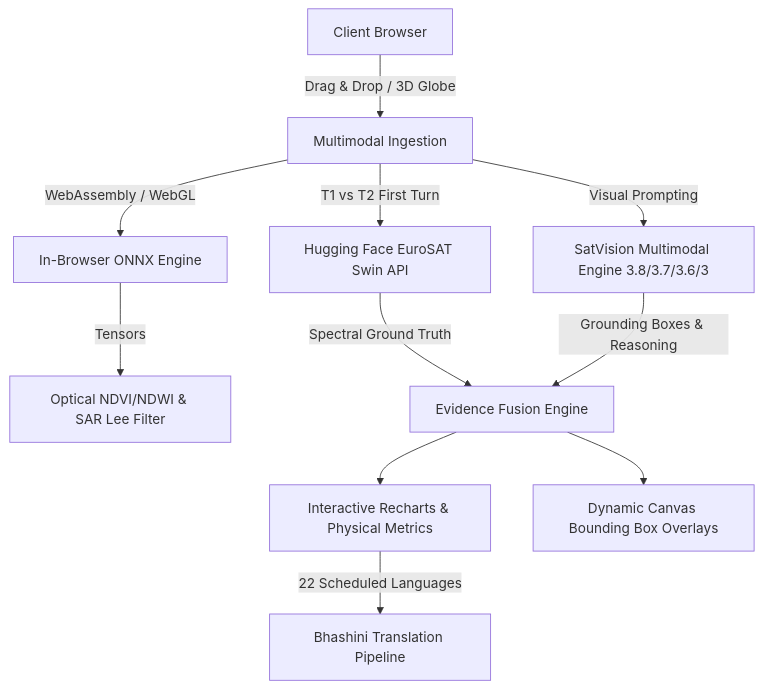
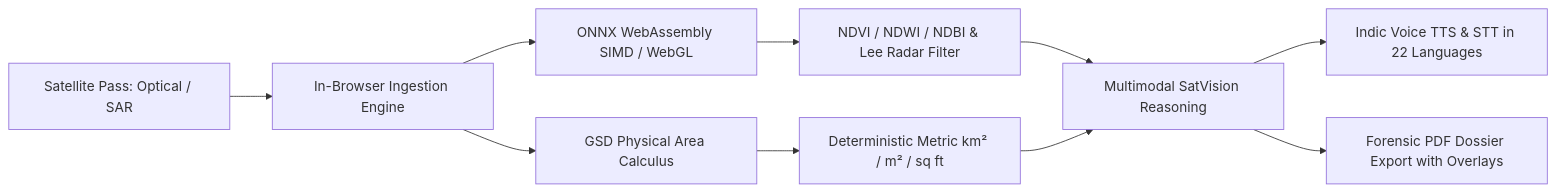
The diagram in README.md (SmartKidzee/vyomixsih), drawn with Mermaid before and after one commit. The commit also changed other lines of this file and 26 other files, not shown here.

````diff
--- a/README.md
+++ b/README.md
@@ -119,18 +43,12 @@
 ```mermaid
-graph TD
-    User[Client Browser] -->|Drag & Drop / 3D Globe| Ingest[Multimodal Ingestion]
-    
-    Ingest -->|WebAssembly / WebGL| ONNX[In-Browser ONNX Engine]
-    ONNX -->|Tensors| Spectral[Optical NDVI/NDWI & SAR Lee Filter]
-    
-    Ingest -->|T1 vs T2 First Turn| HF[Hugging Face EuroSAT Swin API]
-    HF -->|Spectral Ground Truth| Fusion[Evidence Fusion Engine]
-    
-    Ingest -->|Visual Prompting| Vision[SatVision Multimodal Engine 3.8/3.7/3.6/3]
-    Vision -->|Grounding Boxes & Reasoning| Fusion
-    
-    Fusion --> Telemetry[Interactive Recharts & Physical Metrics]
-    Fusion --> Grounding[Dynamic Canvas Bounding Box Overlays]
-    
-    Telemetry -->|22 Scheduled Languages| Bhashini[Bhashini Translation Pipeline]
+flowchart LR
+    A[Satellite Pass: Optical / SAR] --> B[In-Browser Ingestion Engine]
+    B --> C[ONNX WebAssembly SIMD / WebGL]
+    B --> D[GSD Physical Area Calculus]
+    C --> E[NDVI / NDWI / NDBI & Lee Radar Filter]
+    D --> F[Deterministic Metric km² / m² / sq ft]
+    E --> G[Multimodal SatVision Reasoning]
+    F --> G
+    G --> H[Indic Voice TTS & STT in 22 Languages]
+    G --> I[Forensic PDF Dossier Export with Overlays]
 ```
````
